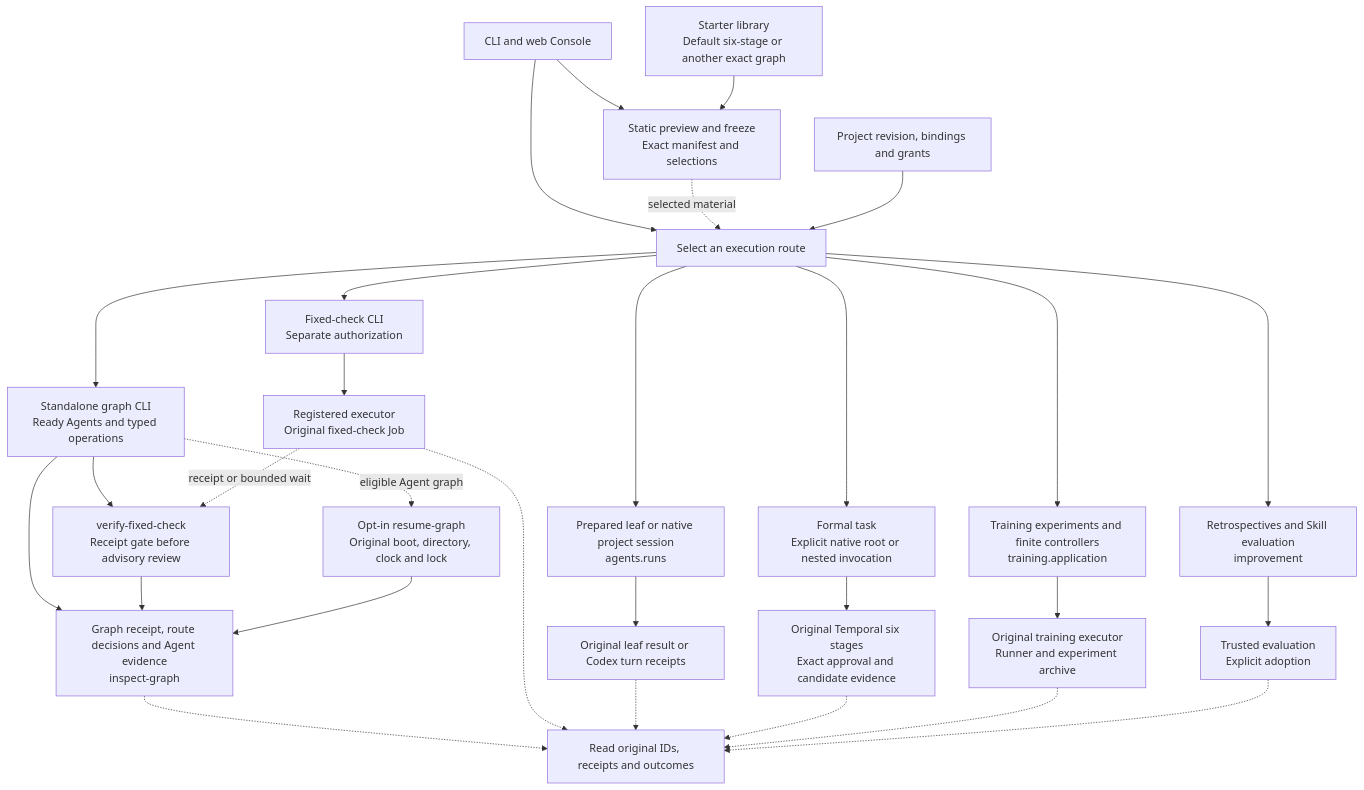
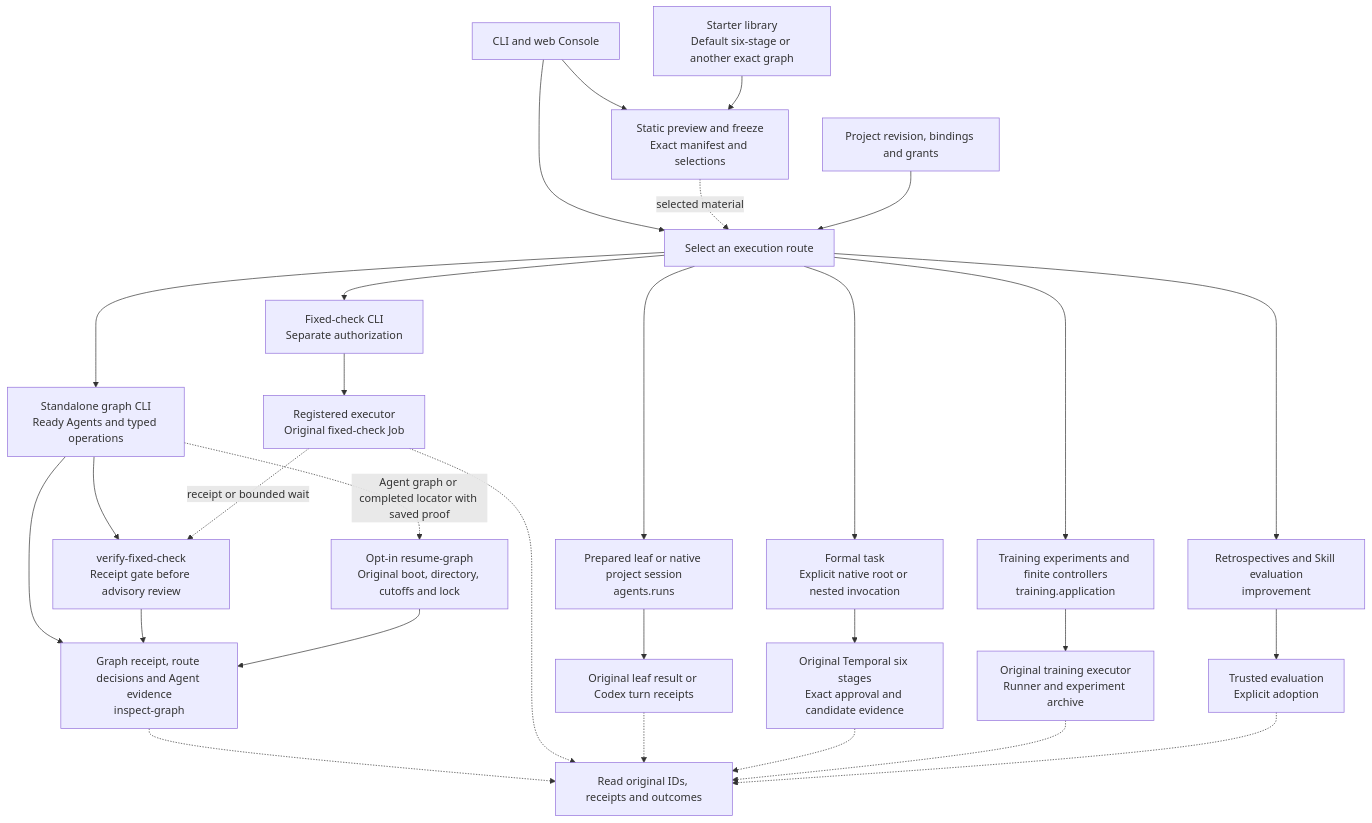
One commit to 626619403/Ergora changed the diagram in docs/architecture/framework-tour.md. Above: the diagram before and after it, drawn with Mermaid. The commit also changed other lines of this file, not shown here.

Commit message:
Map recovery of completed fixed-check graphs

````diff
--- a/docs/architecture/framework-tour.md
+++ b/docs/architecture/framework-tour.md
@@ -13,34 +13,34 @@
 ```mermaid
 flowchart TB
   Entry["CLI and web Console"] --> Select["Select an execution route"]
   Entry --> Freeze["Static preview and freeze<br/>Exact manifest and selections"]
   Assets["Starter library<br/>Default six-stage or another exact graph"] --> Freeze
   Freeze -. "selected material" .-> Select
   Config["Project revision, bindings and grants"] --> Select
 
   Select --> Check["Fixed-check CLI<br/>Separate authorization"]
   Select --> Graph["Standalone graph CLI<br/>Ready Agents and typed operations"]
   Select --> Session["Prepared leaf or native project session<br/>agents.runs"]
   Select --> Dev["Formal task<br/>Explicit native root or nested invocation"]
   Select --> Train["Training experiments and finite controllers<br/>training.application"]
   Select --> Improve["Retrospectives and Skill evaluation<br/>improvement"]
 
   Check --> CheckJob["Registered executor<br/>Original fixed-check Job"]
   Graph --> GraphProof["Graph receipt, route decisions and Agent evidence<br/>inspect-graph"]
   Graph --> Gate["verify-fixed-check<br/>Receipt gate before advisory review"]
   CheckJob -. "receipt or bounded wait" .-> Gate
   Gate --> GraphProof
-  Graph -. "eligible Agent graph" .-> Resume["Opt-in resume-graph<br/>Original boot, directory, clock and lock"]
+  Graph -. "Agent graph or completed locator with saved proof" .-> Resume["Opt-in resume-graph<br/>Original boot, directory, cutoffs and lock"]
   Resume --> GraphProof
   Session --> Turn["Original leaf result or Codex turn receipts"]
   Dev --> Six["Original Temporal six stages<br/>Exact approval and candidate evidence"]
   Train --> Runner["Original training executor<br/>Runner and experiment archive"]
   Improve --> Eval["Trusted evaluation<br/>Explicit adoption"]
 
   GraphProof -.-> Recover["Read original IDs, receipts and outcomes"]
   CheckJob -.-> Recover
   Turn -.-> Recover
   Six -.-> Recover
   Runner -.-> Recover
   Eval -.-> Recover
 ```
````
